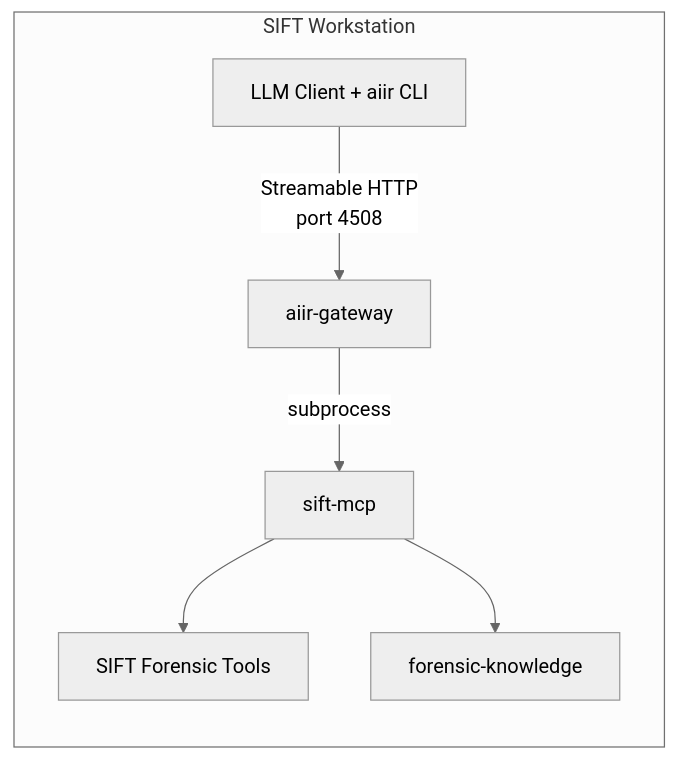
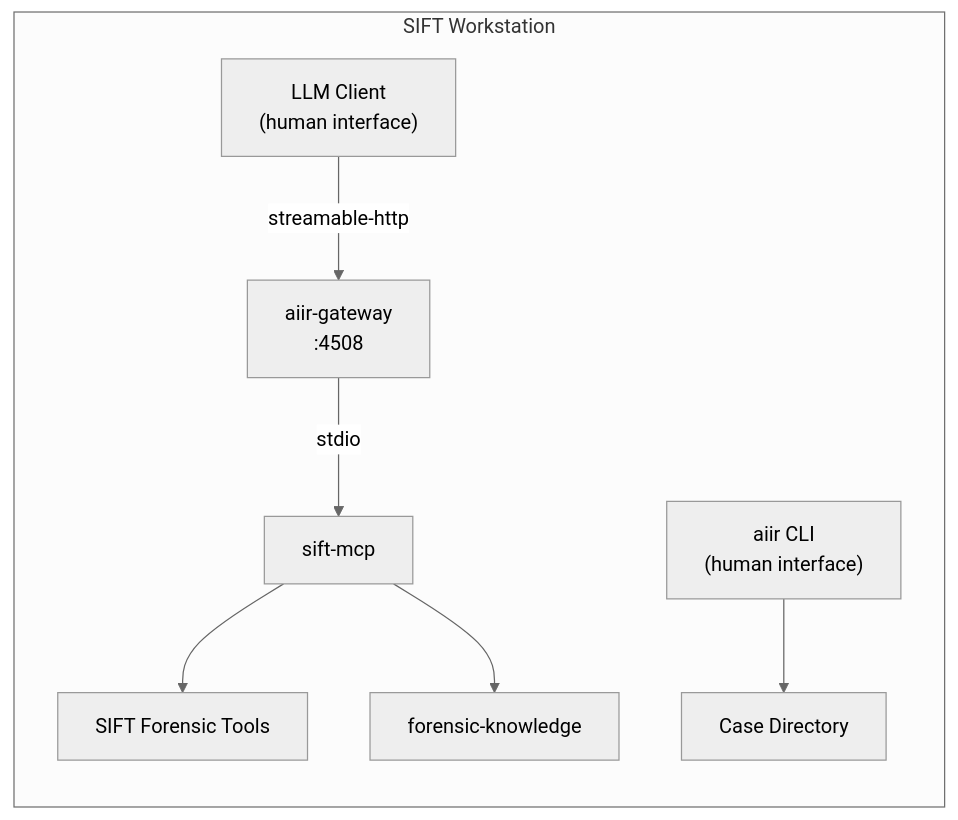
One commit to AppliedIR/sift-mcp changed the first of 2 diagrams in README.md. Above: the diagram before and after it, drawn with Mermaid (neutral theme). The commit also changed other lines of this file, not shown here.

Commit message:
update architecture diagram, security considerations, and responsible use

````diff
--- a/README.md
+++ b/README.md
@@ -9,15 +9,18 @@
 ```mermaid
 graph LR
     subgraph sift ["SIFT Workstation"]
-        C["LLM Client + aiir CLI"]
-        GW[aiir-gateway]
-        SM[sift-mcp]
+        CC["LLM Client<br/>(human interface)"]
+        CLI["aiir CLI<br/>(human interface)"]
+        GW["aiir-gateway<br/>:4508"]
+        SM["sift-mcp"]
         TOOLS["SIFT Forensic Tools"]
         FK["forensic-knowledge"]
+        CASE["Case Directory"]
 
-        C -->|"Streamable HTTP<br/>port 4508"| GW
-        GW -->|"subprocess"| SM
+        CC -->|"streamable-http"| GW
+        GW -->|stdio| SM
         SM --> TOOLS
         SM --> FK
+        CLI --> CASE
     end
 ```
````
